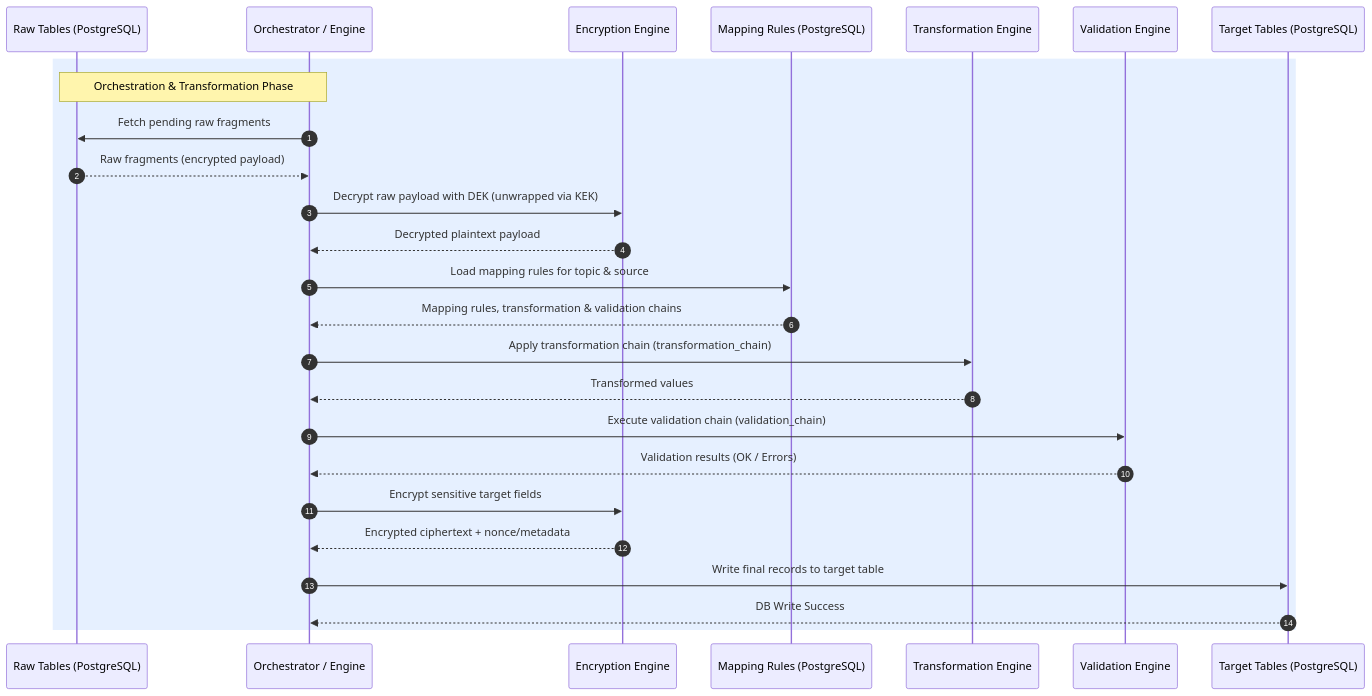
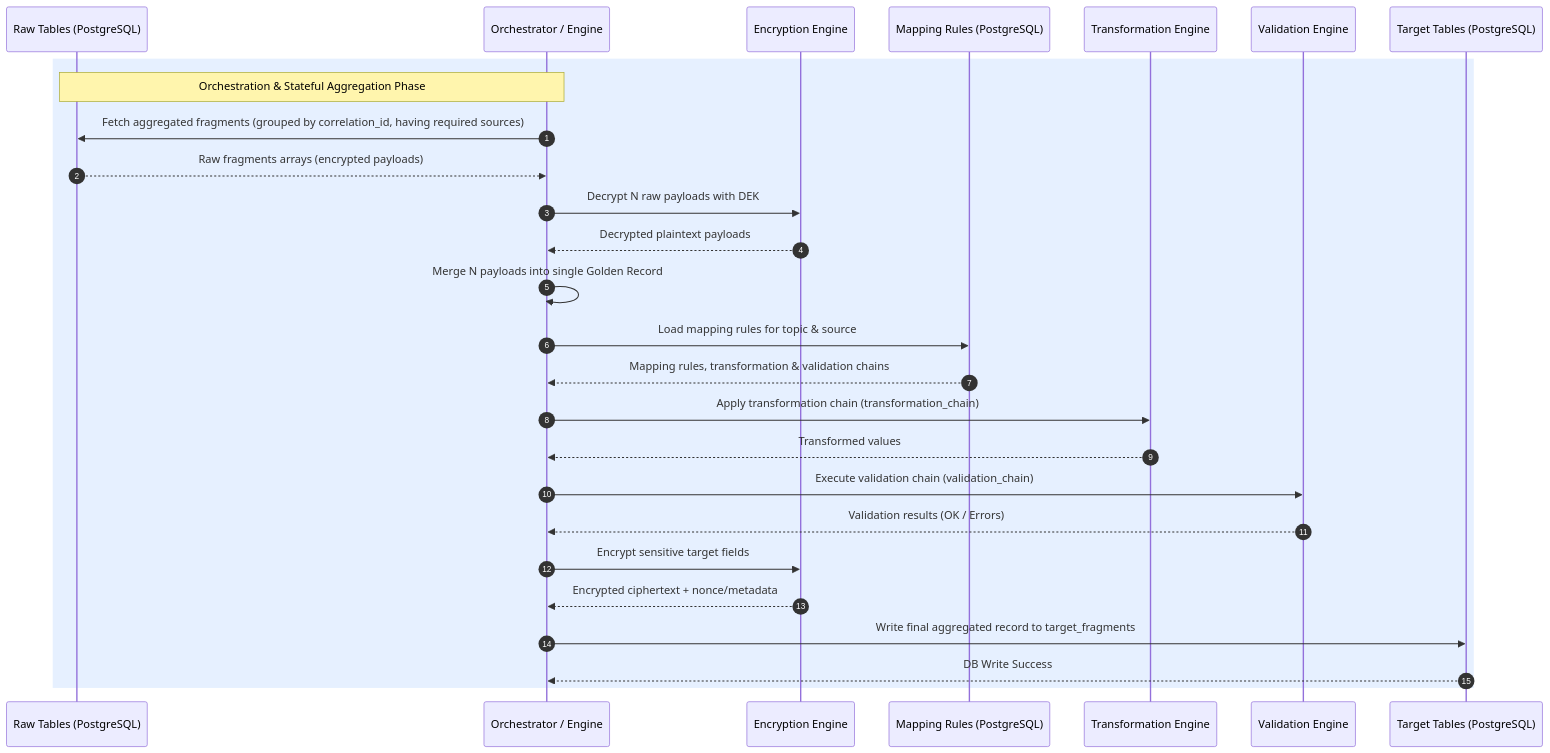
One commit to Zheng-Bote/mitm-2 changed the third of 3 diagrams in transformation-layer/README.md. Above: the diagram before and after it, drawn with Mermaid. The commit also changed other lines of this file and 7 other files, not shown here.

````diff
--- a/transformation-layer/README.md
+++ b/transformation-layer/README.md
@@ -131,37 +139,38 @@
 ```mermaid
 sequenceDiagram
     autonumber
 
     participant RAW as Raw Tables (PostgreSQL)
     participant O as Orchestrator / Engine
     participant ENC as Encryption Engine
     participant RULES as Mapping Rules (PostgreSQL)
     participant TR as Transformation Engine
     participant VAL as Validation Engine
     participant TARGET as Target Tables (PostgreSQL)
 
     %% Orchestrator Phase
     rect rgb(230, 240, 255)
-    Note over O, RAW: Orchestration & Transformation Phase
-    O->>RAW: Fetch pending raw fragments
-    RAW-->>O: Raw fragments (encrypted payload)
+    Note over O, RAW: Orchestration & Stateful Aggregation Phase
+    O->>RAW: Fetch aggregated fragments (grouped by correlation_id, having required sources)
+    RAW-->>O: Raw fragments arrays (encrypted payloads)
 
-    O->>ENC: Decrypt raw payload with DEK (unwrapped via KEK)
-    ENC-->>O: Decrypted plaintext payload
+    O->>ENC: Decrypt N raw payloads with DEK
+    ENC-->>O: Decrypted plaintext payloads
+    O->>O: Merge N payloads into single Golden Record
 
     O->>RULES: Load mapping rules for topic & source
     RULES-->>O: Mapping rules, transformation & validation chains
 
     O->>TR: Apply transformation chain (transformation_chain)
     TR-->>O: Transformed values
 
     O->>VAL: Execute validation chain (validation_chain)
     VAL-->>O: Validation results (OK / Errors)
 
     O->>ENC: Encrypt sensitive target fields
     ENC-->>O: Encrypted ciphertext + nonce/metadata
 
-    O->>TARGET: Write final records to target table
+    O->>TARGET: Write final aggregated record to target_fragments
     TARGET-->>O: DB Write Success
     end
 ```
````
